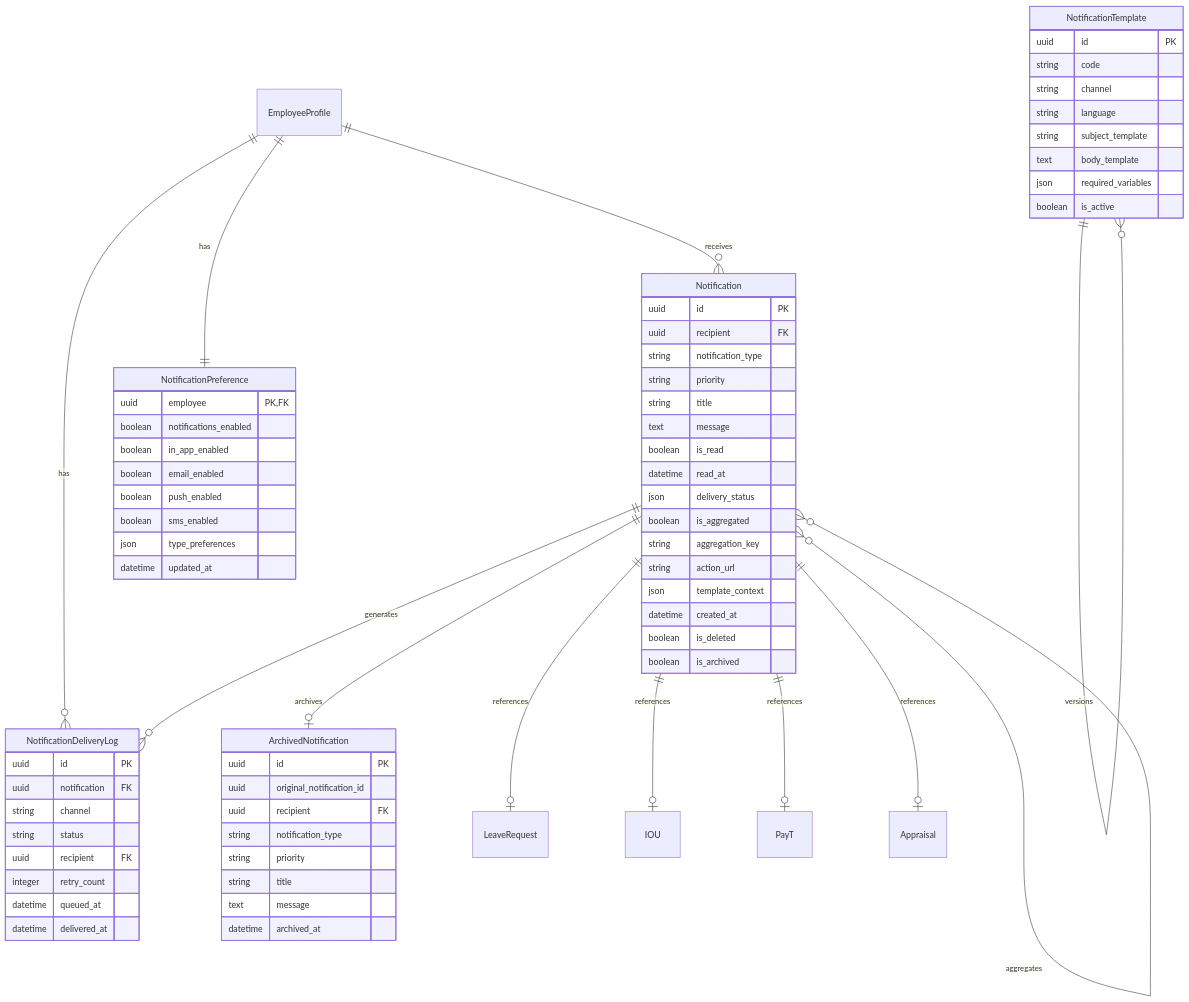
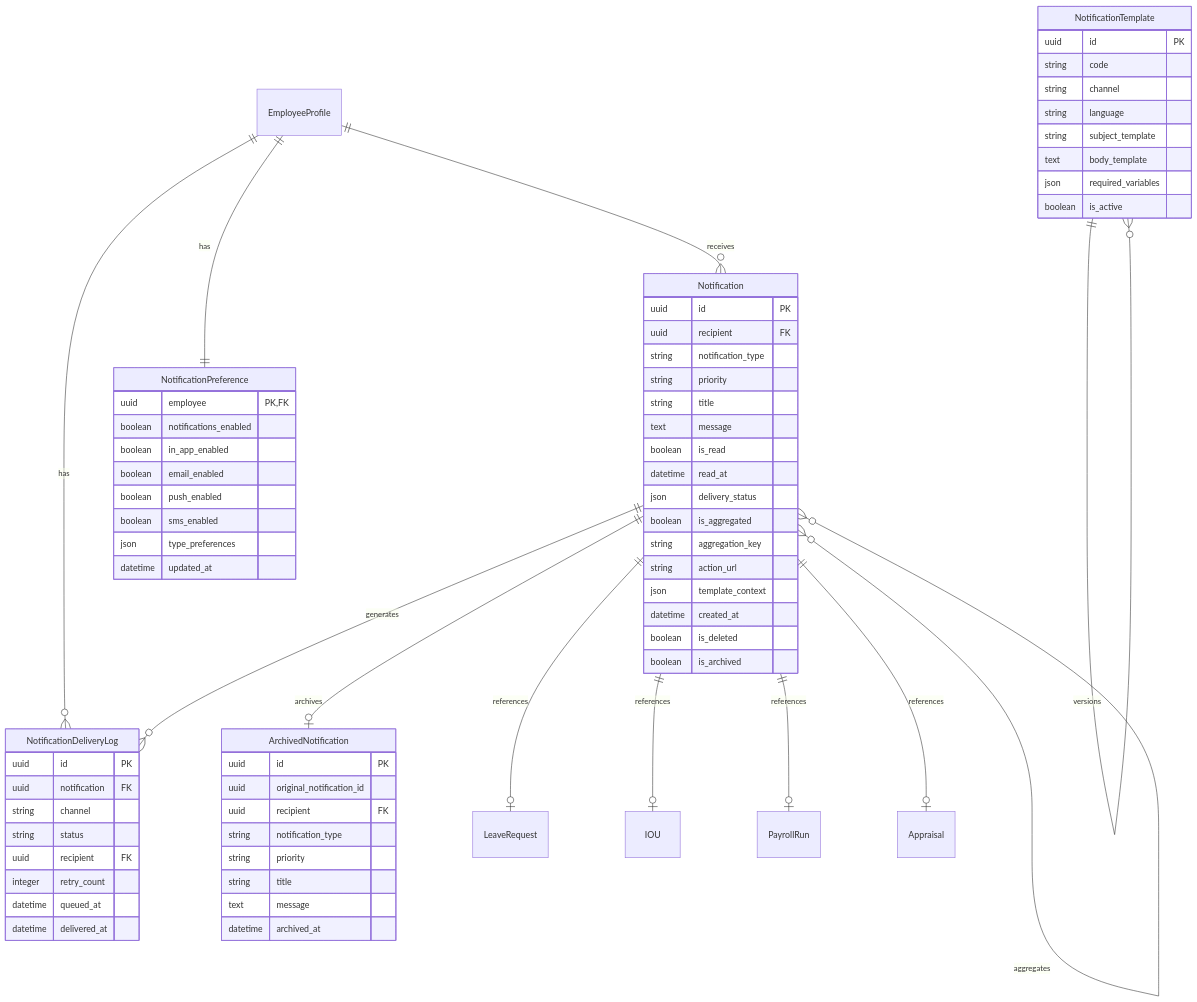
The third of 6 diagrams in plans/NOTIFICATION_SYSTEM_ARCHITECTURE.md (zayyadi/paroll), drawn with Mermaid before and after one commit. The commit also changed other lines of this file and 99 other files, not shown here.

````diff
--- a/plans/NOTIFICATION_SYSTEM_ARCHITECTURE.md
+++ b/plans/NOTIFICATION_SYSTEM_ARCHITECTURE.md
@@ -932,80 +932,80 @@
 ```mermaid
 erDiagram
     EmployeeProfile ||--o{ Notification : receives
     EmployeeProfile ||--|| NotificationPreference : has
     EmployeeProfile ||--o{ NotificationDeliveryLog : has
     
     Notification ||--o{ NotificationDeliveryLog : generates
     Notification ||--o| ArchivedNotification : archives
     Notification }o--o{ Notification : aggregates
     
     Notification ||--o| LeaveRequest : references
     Notification ||--o| IOU : references
-    Notification ||--o| PayT : references
+    Notification ||--o| PayrollRun : references
     Notification ||--o| Appraisal : references
     
     NotificationTemplate ||--o{ NotificationTemplate : versions
     
     Notification {
         uuid id PK
         uuid recipient FK
         string notification_type
         string priority
         string title
         text message
         boolean is_read
         datetime read_at
         json delivery_status
         boolean is_aggregated
         string aggregation_key
         string action_url
         json template_context
         datetime created_at
         boolean is_deleted
         boolean is_archived
     }
     
     ArchivedNotification {
         uuid id PK
         uuid original_notification_id
         uuid recipient FK
         string notification_type
         string priority
         string title
         text message
         datetime archived_at
     }
     
     NotificationPreference {
         uuid employee PK, FK
         boolean notifications_enabled
         boolean in_app_enabled
         boolean email_enabled
         boolean push_enabled
         boolean sms_enabled
         json type_preferences
         datetime updated_at
     }
     
     NotificationDeliveryLog {
         uuid id PK
         uuid notification FK
         string channel
         string status
         uuid recipient FK
         integer retry_count
         datetime queued_at
         datetime delivered_at
     }
     
     NotificationTemplate {
         uuid id PK
         string code
         string channel
         string language
         string subject_template
         text body_template
         json required_variables
         boolean is_active
     }
 ```
````
